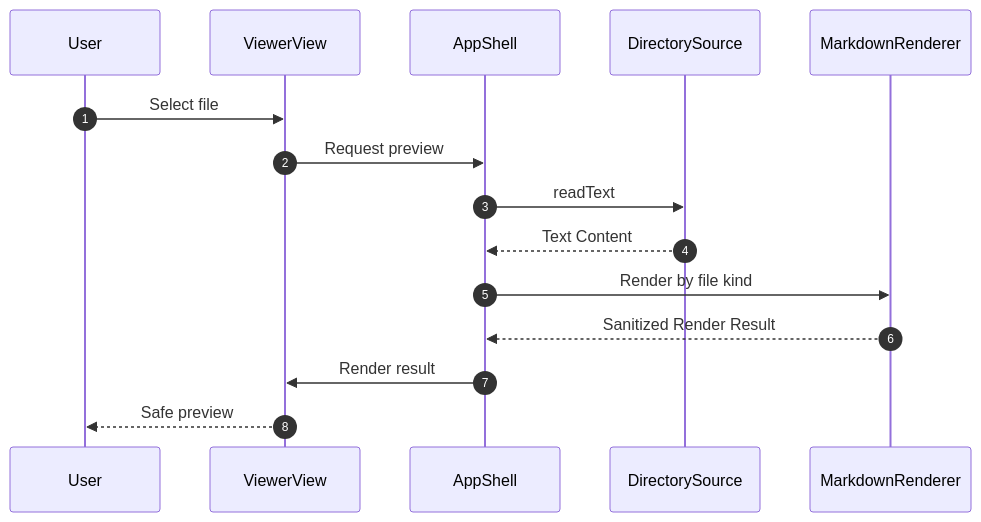
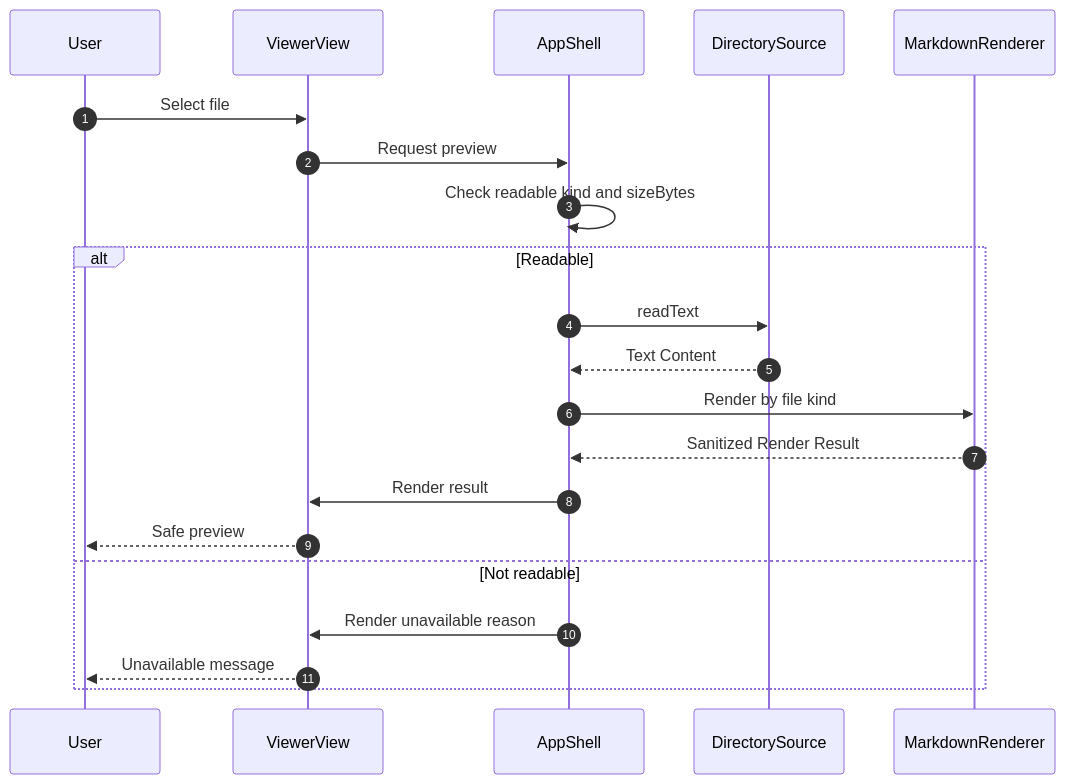
One commit to xzyozi/agent-config-viewer changed the second of 2 diagrams in docs/design/ACV-DD-001_閲覧フロー詳細設計書.md. Above: the diagram before and after it, drawn with Mermaid. The commit also changed other lines of this file and 2 other files, not shown here.

````diff
--- a/docs/design/ACV-DD-001_閲覧フロー詳細設計書.md
+++ b/docs/design/ACV-DD-001_閲覧フロー詳細設計書.md
@@ -87,17 +89,23 @@
 ```mermaid
 sequenceDiagram
     autonumber
     participant User
     participant View as ViewerView
     participant App as AppShell
     participant Source as DirectorySource
     participant Renderer as MarkdownRenderer
     User->>View: Select file
     View->>App: Request preview
-    App->>Source: readText
-    Source-->>App: Text Content
-    App->>Renderer: Render by file kind
-    Renderer-->>App: Sanitized Render Result
-    App->>View: Render result
-    View-->>User: Safe preview
+    App->>App: Check readable kind and sizeBytes
+    alt Readable
+        App->>Source: readText
+        Source-->>App: Text Content
+        App->>Renderer: Render by file kind
+        Renderer-->>App: Sanitized Render Result
+        App->>View: Render result
+        View-->>User: Safe preview
+    else Not readable
+        App->>View: Render unavailable reason
+        View-->>User: Unavailable message
+    end
 ```
````
